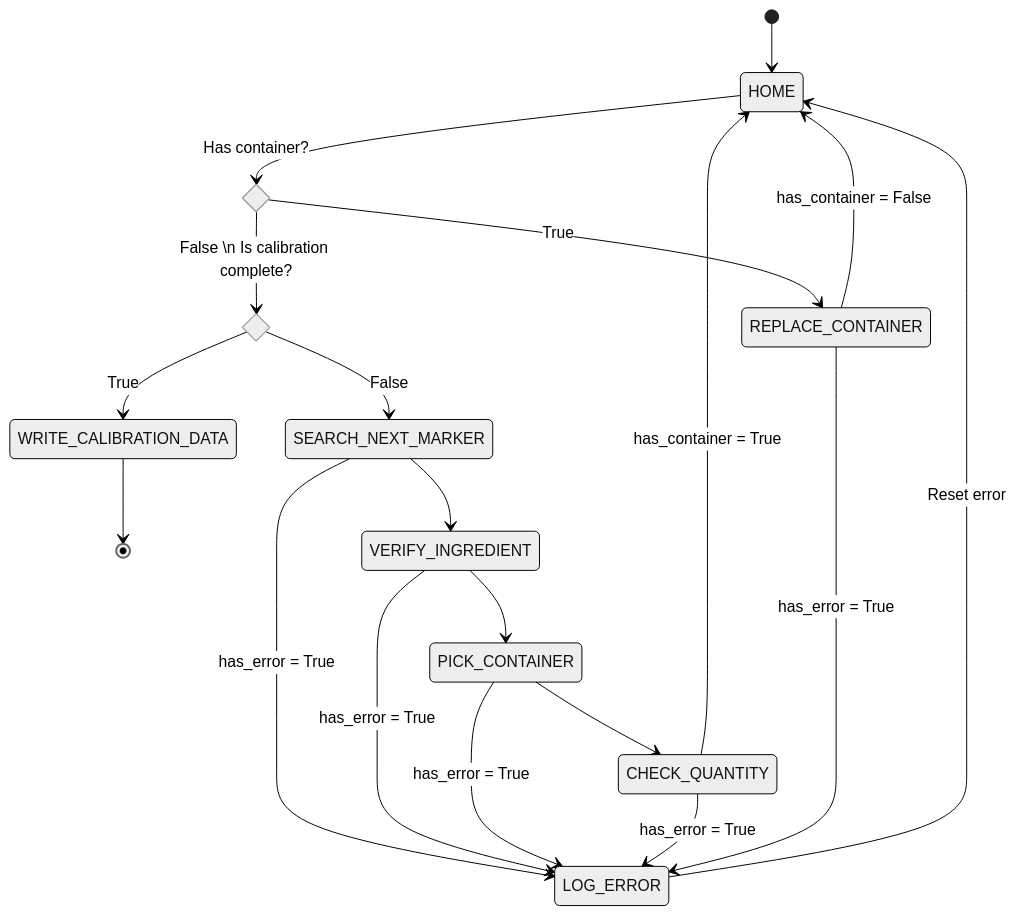
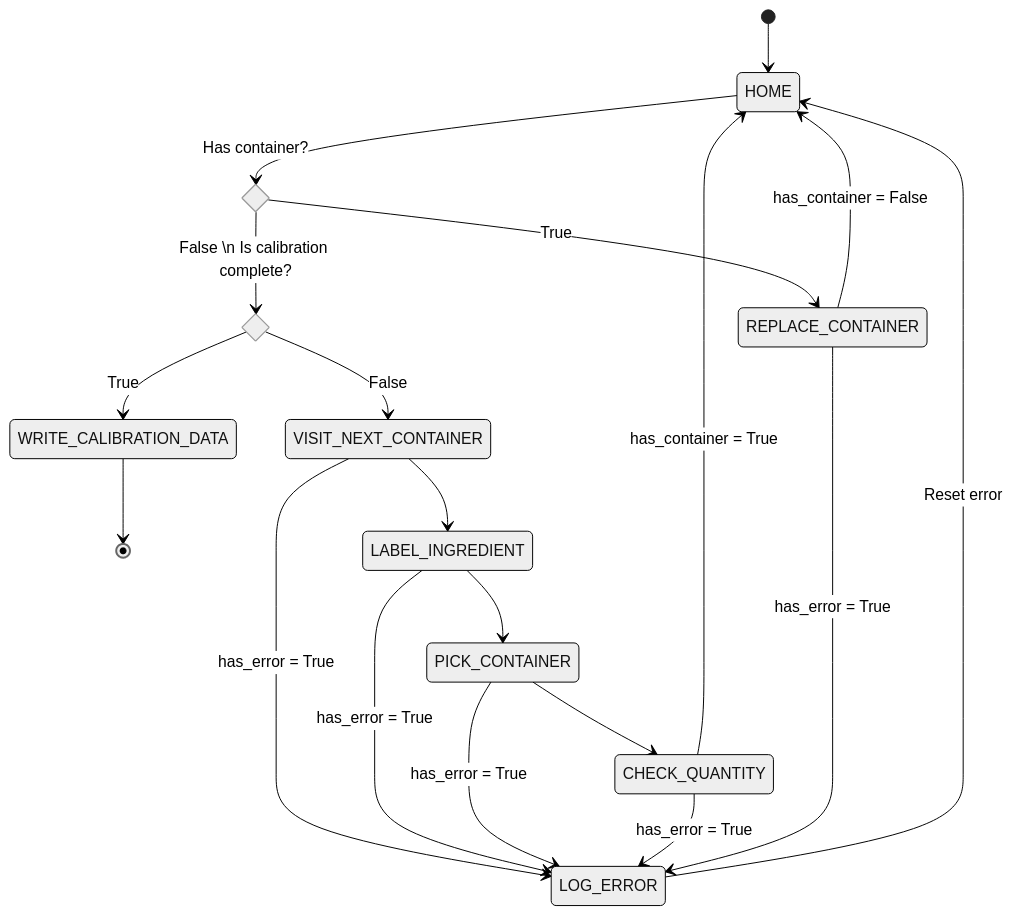
One commit to ratatouille-robotics/ratatouille_planner changed the second of 3 diagrams in README.md. Above: the diagram before and after it, drawn with Mermaid (neutral theme). The commit also changed 17 other files, not shown here.

````diff
--- a/README.md
+++ b/README.md
@@ -47,33 +47,33 @@
 ```mermaid
 stateDiagram-v2
     [*] --> HOME
 
     state has_container <<choice>>
     state has_request1 <<choice>>
 
     HOME --> has_container: Has container?
     has_container --> has_request1: False \n Is calibration complete?
-    has_container --> REPLACE_CONTAINER: True 
+    has_container --> REPLACE_CONTAINER: True
 
     has_request1 --> WRITE_CALIBRATION_DATA: True
     WRITE_CALIBRATION_DATA --> [*]
-    has_request1 --> SEARCH_NEXT_MARKER: False
+    has_request1 --> VISIT_NEXT_CONTAINER: False
 
-    SEARCH_NEXT_MARKER --> VERIFY_INGREDIENT
-    VERIFY_INGREDIENT --> PICK_CONTAINER
+    VISIT_NEXT_CONTAINER --> LABEL_INGREDIENT
+    LABEL_INGREDIENT --> PICK_CONTAINER
     PICK_CONTAINER --> CHECK_QUANTITY
 
     REPLACE_CONTAINER --> HOME: has_container = False
 
     CHECK_QUANTITY --> HOME: has_container = True
 
     LOG_ERROR --> HOME: Reset error
 
     
-    SEARCH_NEXT_MARKER --> LOG_ERROR: has_error = True
-    VERIFY_INGREDIENT --> LOG_ERROR: has_error = True
+    VISIT_NEXT_CONTAINER --> LOG_ERROR: has_error = True
+    LABEL_INGREDIENT --> LOG_ERROR: has_error = True
     PICK_CONTAINER --> LOG_ERROR: has_error = True
     CHECK_QUANTITY --> LOG_ERROR: has_error = True
     REPLACE_CONTAINER --> LOG_ERROR: has_error = True
 
 ```
````
